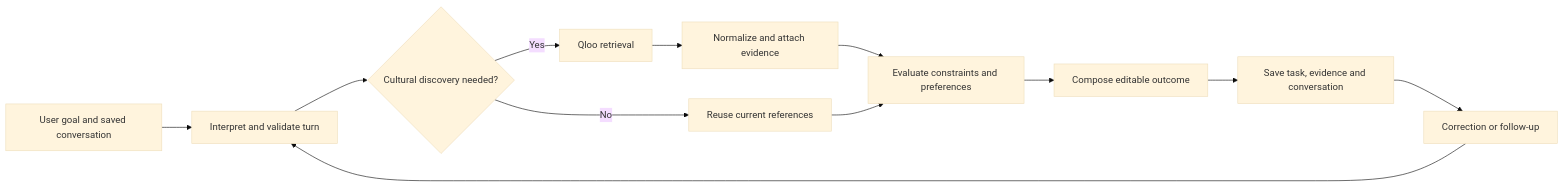
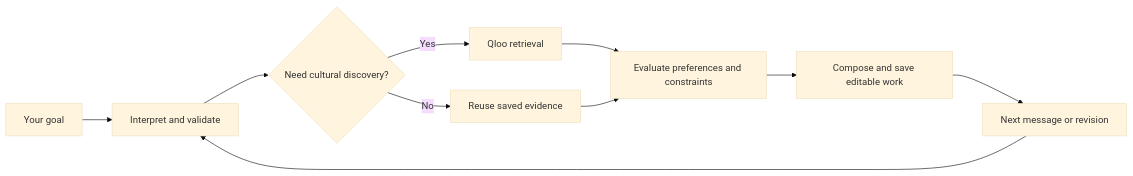
Before and after one commit to Davemafy/ighor: the first of 3 diagrams in README.md, drawn with Mermaid (base theme). The commit also changed other lines of this file and 1 other file, not shown here.

Commit message:
docs: lead Igor README with linked launch video and scannable architecture

````diff
--- a/README.md
+++ b/README.md
@@ -80,14 +59,12 @@
 ```mermaid
 flowchart LR
-    A["User goal and saved conversation"] --> B["Interpret and validate turn"]
-    B --> C{"Cultural discovery needed?"}
+    A["Your goal"] --> B["Interpret and validate"]
+    B --> C{"Need cultural discovery?"}
     C -->|Yes| D["Qloo retrieval"]
-    C -->|No| E["Reuse current references"]
-    D --> F["Normalize and attach evidence"]
-    F --> G["Evaluate constraints and preferences"]
-    E --> G
-    G --> H["Compose editable outcome"]
-    H --> I["Save task, evidence and conversation"]
-    I --> J["Correction or follow-up"]
-    J --> B
+    C -->|No| E["Reuse saved evidence"]
+    D --> F["Evaluate preferences and constraints"]
+    E --> F
+    F --> G["Compose and save editable work"]
+    G --> H["Next message or revision"]
+    H --> B
 ```
````
